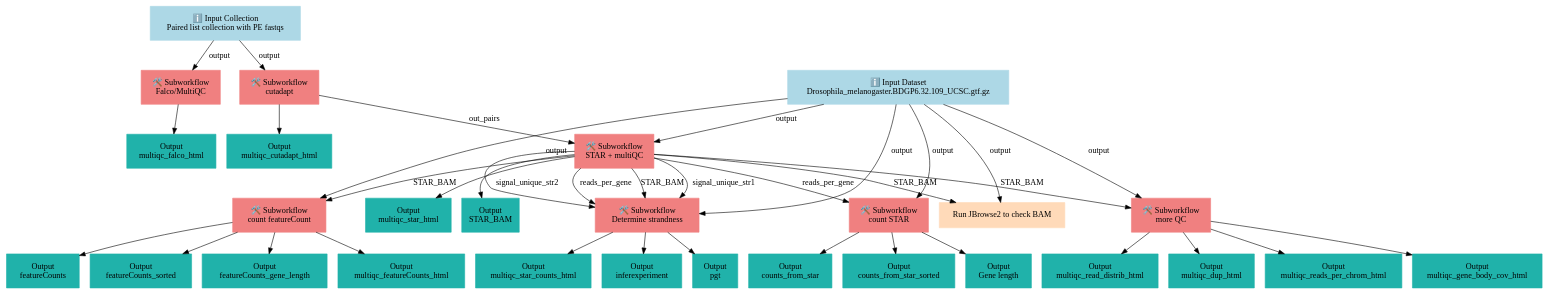
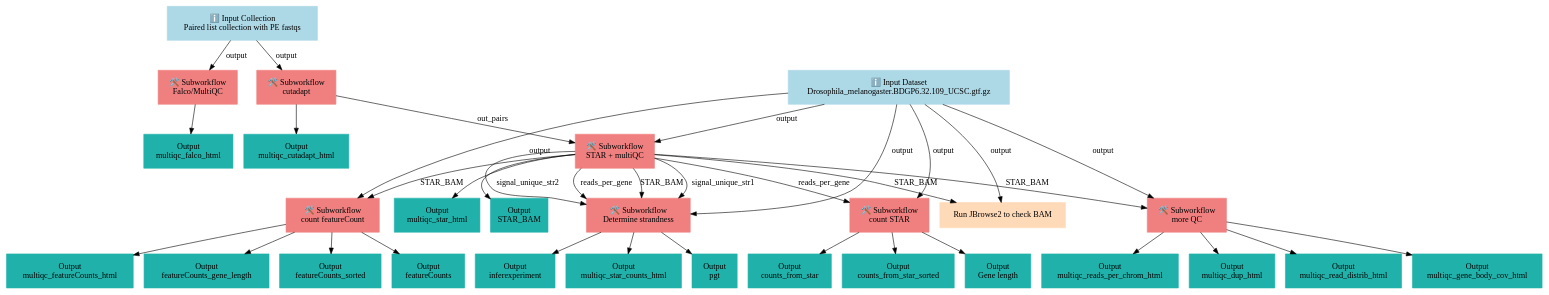
Before and after one commit to galaxyproject/training-material: the diagram in api/workflows/transcriptomics/ref-based/qc-mapping-counting/graph.dot, drawn with Graphviz. The commit also changed other lines of this file and 10185 other files, not shown here.

```diff
--- a/api/workflows/transcriptomics/ref-based/qc-mapping-counting/graph.dot
+++ b/api/workflows/transcriptomics/ref-based/qc-mapping-counting/graph.dot
@@ -1,67 +1,67 @@
 digraph main {
   node [fontname="Atkinson Hyperlegible", shape=box, color=white,style=filled,color=peachpuff,margin="0.2,0.2"];
   edge [fontname="Atkinson Hyperlegible"];
   0[color=lightblue,label="ℹ️ Input Collection\nPaired list collection with PE fastqs"]
   1[color=lightblue,label="ℹ️ Input Dataset\nDrosophila_melanogaster.BDGP6.32.109_UCSC.gtf.gz"]
   2[color=lightcoral,label="🛠️ Subworkflow\nFalco/MultiQC"]
   0 -> 2 [label="output"]
   kcda73d3bb2c94393b9f62fe347761aa3[color=lightseagreen,label="Output\nmultiqc_falco_html"]
   2 -> kcda73d3bb2c94393b9f62fe347761aa3
   3[color=lightcoral,label="🛠️ Subworkflow\ncutadapt"]
   0 -> 3 [label="output"]
   k41c7fbb5655b457c8ba70e2eeab3d7ee[color=lightseagreen,label="Output\nmultiqc_cutadapt_html"]
   3 -> k41c7fbb5655b457c8ba70e2eeab3d7ee
   4[color=lightcoral,label="🛠️ Subworkflow\nSTAR + multiQC"]
   1 -> 4 [label="output"]
   3 -> 4 [label="out_pairs"]
   k8aa5ef303f094a93944d0d89101c056a[color=lightseagreen,label="Output\nmultiqc_star_html"]
   4 -> k8aa5ef303f094a93944d0d89101c056a
   k11af5c5791b4496c9b0cb02904963f81[color=lightseagreen,label="Output\nSTAR_BAM"]
   4 -> k11af5c5791b4496c9b0cb02904963f81
   5[label="Run JBrowse2 to check BAM"]
   4 -> 5 [label="STAR_BAM"]
   1 -> 5 [label="output"]
   6[color=lightcoral,label="🛠️ Subworkflow\nDetermine strandness"]
   4 -> 6 [label="STAR_BAM"]
   1 -> 6 [label="output"]
   4 -> 6 [label="signal_unique_str1"]
   4 -> 6 [label="signal_unique_str2"]
   4 -> 6 [label="reads_per_gene"]
+  k105313d8e31a405d8fcdcc5fd93275e2[color=lightseagreen,label="Output\nmultiqc_star_counts_html"]
+  6 -> k105313d8e31a405d8fcdcc5fd93275e2
+  k9727824a3eb2443092d1b3c40c3041d1[color=lightseagreen,label="Output\npgt"]
+  6 -> k9727824a3eb2443092d1b3c40c3041d1
   kfb810859f2d043f8ac7c5c714c5c6805[color=lightseagreen,label="Output\ninferexperiment"]
   6 -> kfb810859f2d043f8ac7c5c714c5c6805
-  k9727824a3eb2443092d1b3c40c3041d1[color=lightseagreen,label="Output\npgt"]
-  6 -> k9727824a3eb2443092d1b3c40c3041d1
-  k105313d8e31a405d8fcdcc5fd93275e2[color=lightseagreen,label="Output\nmultiqc_star_counts_html"]
-  6 -> k105313d8e31a405d8fcdcc5fd93275e2
   7[color=lightcoral,label="🛠️ Subworkflow\nmore QC"]
   1 -> 7 [label="output"]
   4 -> 7 [label="STAR_BAM"]
   k3ea82568569849a788fe91381070aac2[color=lightseagreen,label="Output\nmultiqc_dup_html"]
   7 -> k3ea82568569849a788fe91381070aac2
+  kf2eed352ca214d658810f5a1d3c282b4[color=lightseagreen,label="Output\nmultiqc_read_distrib_html"]
+  7 -> kf2eed352ca214d658810f5a1d3c282b4
+  k3375d63ccdc34fbb8a556f504c934918[color=lightseagreen,label="Output\nmultiqc_gene_body_cov_html"]
+  7 -> k3375d63ccdc34fbb8a556f504c934918
   kb306cb12a2754c6db60947fdc208864b[color=lightseagreen,label="Output\nmultiqc_reads_per_chrom_html"]
   7 -> kb306cb12a2754c6db60947fdc208864b
-  k3375d63ccdc34fbb8a556f504c934918[color=lightseagreen,label="Output\nmultiqc_gene_body_cov_html"]
-  7 -> k3375d63ccdc34fbb8a556f504c934918
-  kf2eed352ca214d658810f5a1d3c282b4[color=lightseagreen,label="Output\nmultiqc_read_distrib_html"]
-  7 -> kf2eed352ca214d658810f5a1d3c282b4
   8[color=lightcoral,label="🛠️ Subworkflow\ncount STAR"]
   1 -> 8 [label="output"]
   4 -> 8 [label="reads_per_gene"]
   kbd3388e65b454fdc97803efd1c34ebf8[color=lightseagreen,label="Output\ncounts_from_star_sorted"]
   8 -> kbd3388e65b454fdc97803efd1c34ebf8
   k7b7c698b48084b45adf1686f8d273d18[color=lightseagreen,label="Output\nGene length"]
   8 -> k7b7c698b48084b45adf1686f8d273d18
   k5fee8aff402343f1a653f5af5357d798[color=lightseagreen,label="Output\ncounts_from_star"]
   8 -> k5fee8aff402343f1a653f5af5357d798
   9[color=lightcoral,label="🛠️ Subworkflow\ncount featureCount"]
   1 -> 9 [label="output"]
   4 -> 9 [label="STAR_BAM"]
+  k8b9d6c766e824691b8bc9996d6ae1594[color=lightseagreen,label="Output\nfeatureCounts_gene_length"]
+  9 -> k8b9d6c766e824691b8bc9996d6ae1594
   kf0de47144df8450690d9384537ad663e[color=lightseagreen,label="Output\nfeatureCounts_sorted"]
   9 -> kf0de47144df8450690d9384537ad663e
-  k8b9d6c766e824691b8bc9996d6ae1594[color=lightseagreen,label="Output\nfeatureCounts_gene_length"]
-  9 -> k8b9d6c766e824691b8bc9996d6ae1594
+  k46c7a2e878194715a0287ad1de9ed605[color=lightseagreen,label="Output\nfeatureCounts"]
+  9 -> k46c7a2e878194715a0287ad1de9ed605
   k152ba01ed4f24227881287648a1c19ea[color=lightseagreen,label="Output\nmultiqc_featureCounts_html"]
   9 -> k152ba01ed4f24227881287648a1c19ea
-  k46c7a2e878194715a0287ad1de9ed605[color=lightseagreen,label="Output\nfeatureCounts"]
-  9 -> k46c7a2e878194715a0287ad1de9ed605
 }
```
